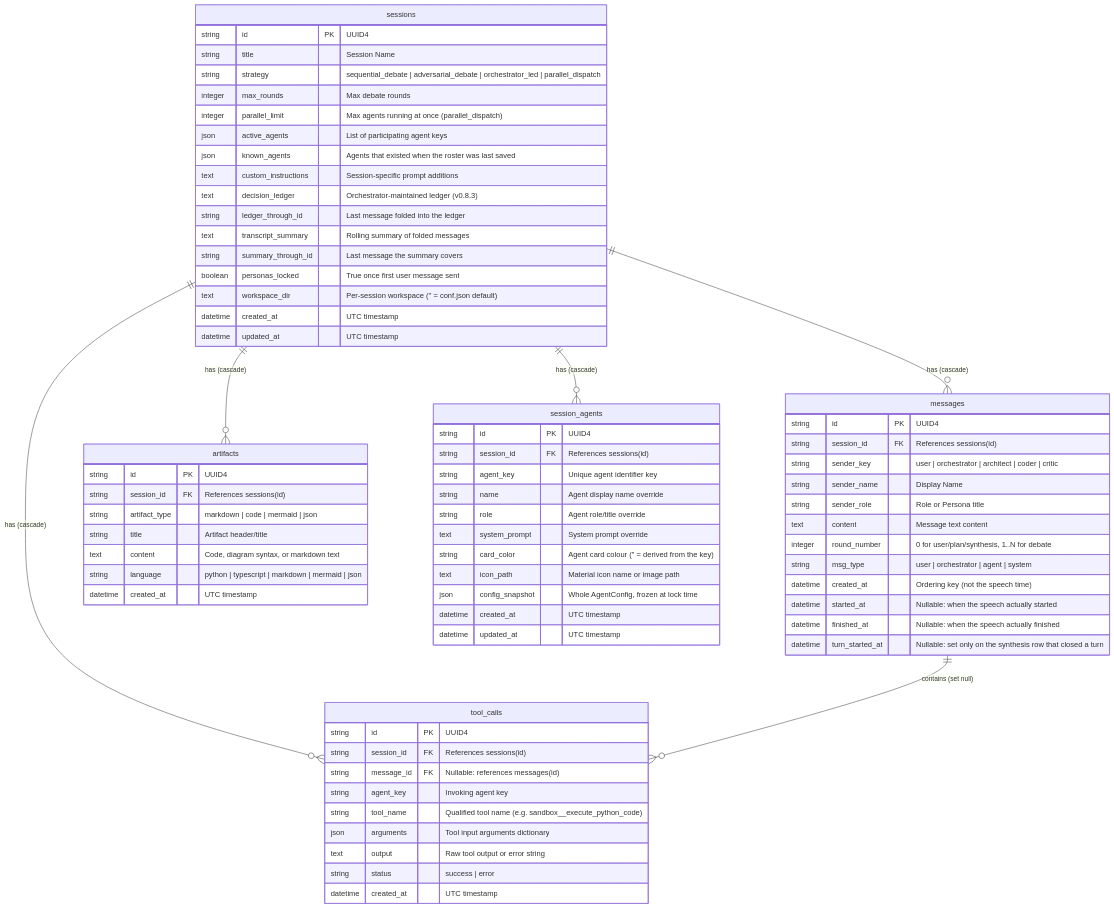
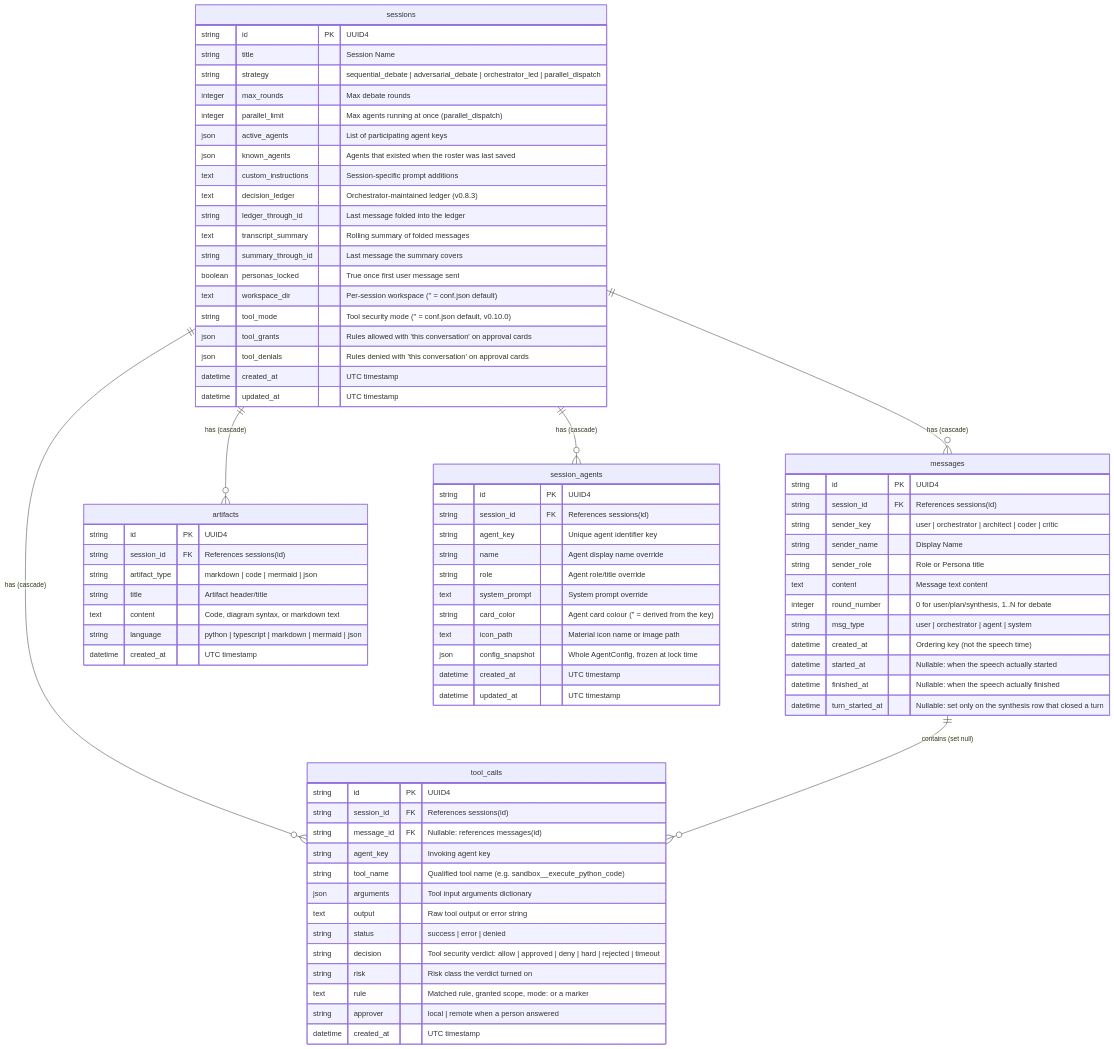
The diagram in wiki/architecture/database-schema.md (HaJaehee/MultiAgentDebateAndOrchestrationPlatform), drawn with Mermaid before and after one commit. The commit also changed other lines of this file and 37 other files, not shown here.

```diff
--- a/wiki/architecture/database-schema.md
+++ b/wiki/architecture/database-schema.md
@@ -29,6 +29,9 @@
         string summary_through_id "Last message the summary covers"
         boolean personas_locked "True once first user message sent"
         text workspace_dir "Per-session workspace ('' = conf.json default)"
+        string tool_mode "Tool security mode ('' = conf.json default, v0.10.0)"
+        json tool_grants "Rules allowed with 'this conversation' on approval cards"
+        json tool_denials "Rules denied with 'this conversation' on approval cards"
         datetime created_at "UTC timestamp"
         datetime updated_at "UTC timestamp"
     }
@@ -56,7 +59,11 @@
         string tool_name "Qualified tool name (e.g. sandbox__execute_python_code)"
         json arguments "Tool input arguments dictionary"
         text output "Raw tool output or error string"
-        string status "success | error"
+        string status "success | error | denied"
+        string decision "Tool security verdict: allow | approved | deny | hard | rejected | timeout"
+        string risk "Risk class the verdict turned on"
+        text rule "Matched rule, granted scope, mode:<mode> or a marker"
+        string approver "local | remote when a person answered"
         datetime created_at "UTC timestamp"
     }
 
```
